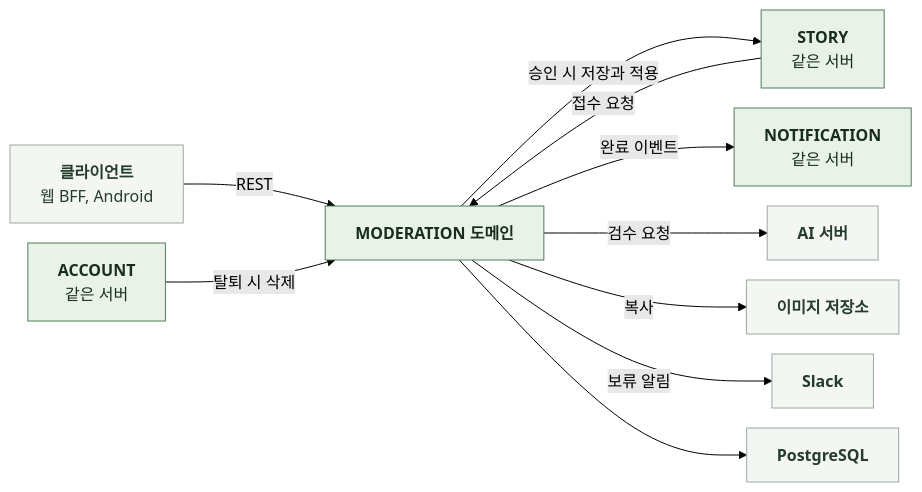
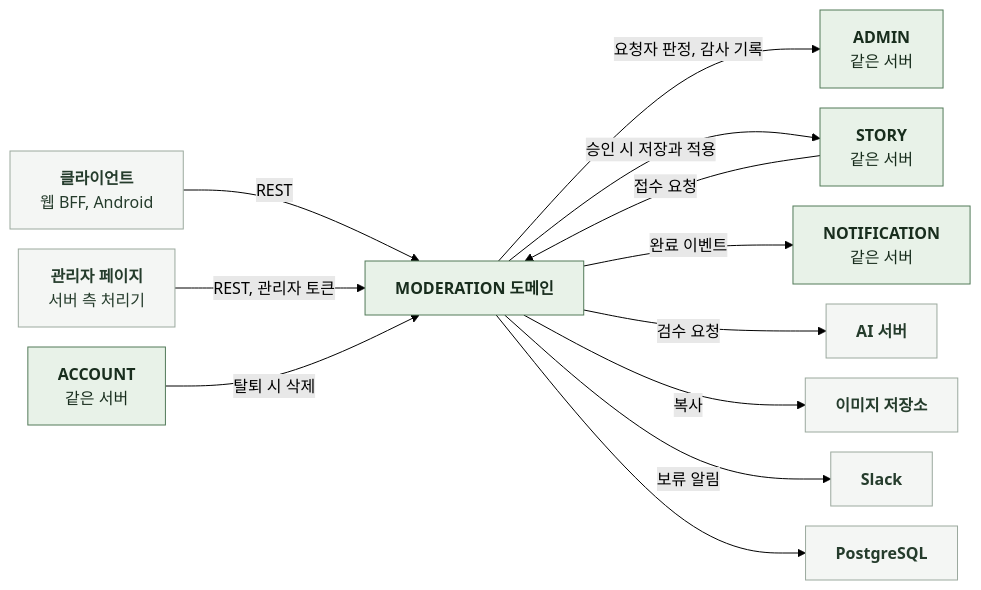
One commit to KIM-N-KANG/knk-harness changed the diagram in docs/domain/MODERATION/BACKEND/3-1-SOFTWARE-ARCHITECTURE.md. Above: the diagram before and after it, drawn with Mermaid (forest theme). The commit also changed other lines of this file and 90 other files, not shown here.

First line of the commit message:
[KNK-1728] Docs: 관리자 페이지 스펙 ADMIN·NOTICE 세트 신설과 네 세트 관리자 API 보강

````diff
--- a/docs/domain/MODERATION/BACKEND/3-1-SOFTWARE-ARCHITECTURE.md
+++ b/docs/domain/MODERATION/BACKEND/3-1-SOFTWARE-ARCHITECTURE.md
@@ -21,21 +22,25 @@
 ```mermaid
 %%{init: {"flowchart": {"curve": "basis", "nodeSpacing": 20, "rankSpacing": 60}}}%%
 flowchart LR
     C["`**클라이언트**
 웹 BFF, Android`"] -->|REST| S["`**MODERATION 도메인**`"]
+    AP["`**관리자 페이지**
+서버 측 처리기`"] -->|REST, 관리자 토큰| S
+    S -->|요청자 판정, 감사 기록| AD["`**ADMIN**
+같은 서버`"]
     O["`**STORY**
 같은 서버`"] -->|접수 요청| S
     S -->|승인 시 저장과 적용| O
     A["`**ACCOUNT**
 같은 서버`"] -->|탈퇴 시 삭제| S
     S -->|완료 이벤트| N["`**NOTIFICATION**
 같은 서버`"]
     S -->|검수 요청| AI["`**AI 서버**`"]
     S -->|복사| IMG["`**이미지 저장소**`"]
     S -->|보류 알림| SL["`**Slack**`"]
     S --> DB["`**PostgreSQL**`"]
     classDef ext fill:#F4F6F4,stroke:#9BA99E,color:#253C2C
     classDef comp fill:#E8F2E8,stroke:#527A59,color:#182D1D
-    class C,AI,IMG,SL,DB ext
-    class S,O,A,N comp
+    class C,AP,AI,IMG,SL,DB ext
+    class S,O,A,N,AD comp
 ```
````
